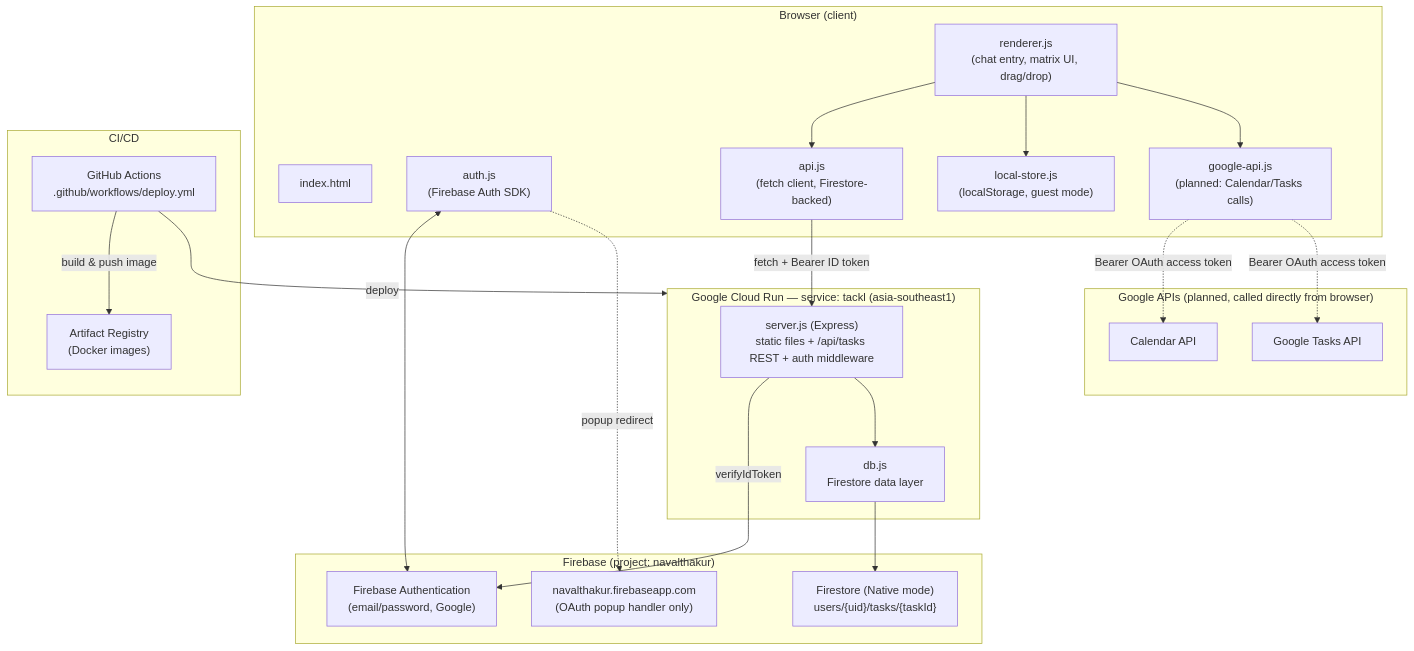
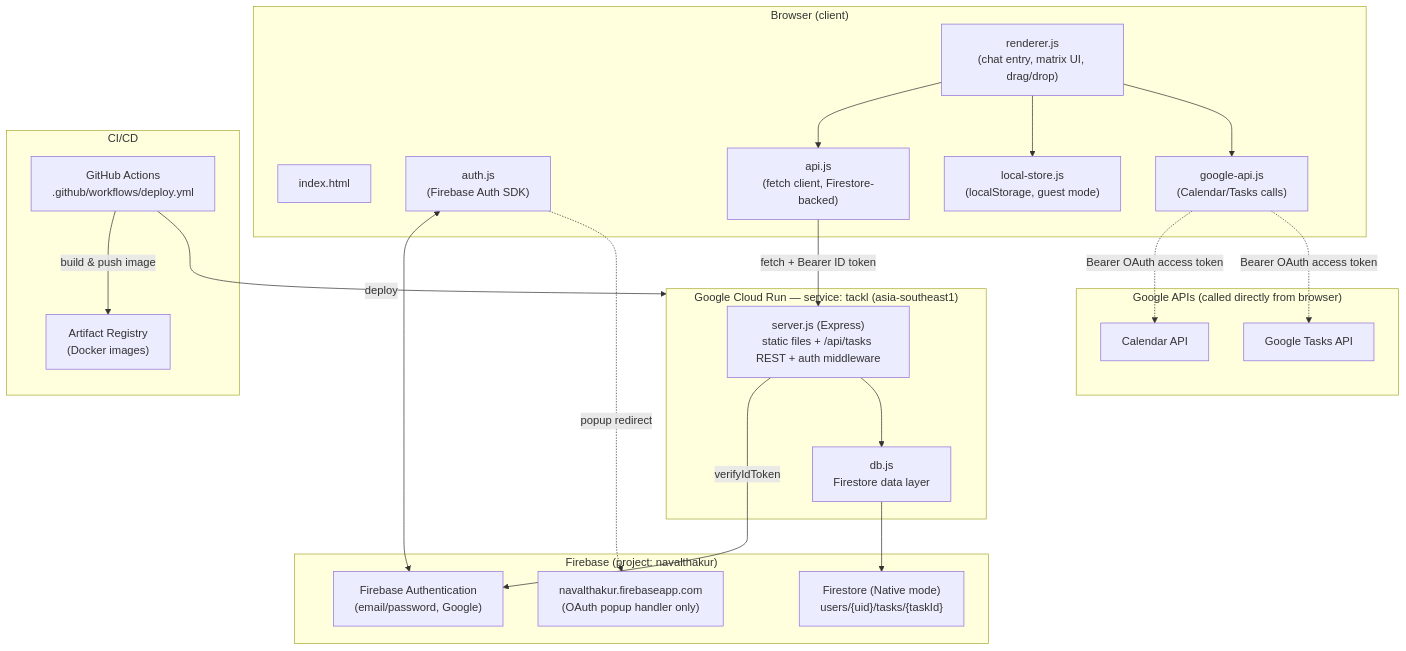
The first of 7 diagrams in docs/ARCHITECTURE.md (thakurnaval/tackl), drawn with Mermaid before and after one commit. The commit also changed other lines of this file and 10 other files, not shown here.

First line of the commit message:
Add Google integrations: Delegate (mailto), Schedule (Calendar), Backup (Google Tasks)

````diff
--- a/docs/ARCHITECTURE.md
+++ b/docs/ARCHITECTURE.md
@@ -8,47 +8,47 @@
 ```mermaid
 graph TB
     subgraph Browser["Browser (client)"]
         HTML["index.html"]
         Renderer["renderer.js<br/>(chat entry, matrix UI, drag/drop)"]
         AuthJS["auth.js<br/>(Firebase Auth SDK)"]
         ApiJS["api.js<br/>(fetch client, Firestore-backed)"]
         LocalStore["local-store.js<br/>(localStorage, guest mode)"]
-        GoogleApi["google-api.js<br/>(planned: Calendar/Tasks calls)"]
+        GoogleApi["google-api.js<br/>(Calendar/Tasks calls)"]
     end
 
     subgraph CloudRun["Google Cloud Run — service: tackl (asia-southeast1)"]
         Express["server.js (Express)<br/>static files + /api/tasks REST + auth middleware"]
         DB["db.js<br/>Firestore data layer"]
     end
 
     subgraph Firebase["Firebase (project: navalthakur)"]
         FireAuth["Firebase Authentication<br/>(email/password, Google)"]
         Firestore["Firestore (Native mode)<br/>users/{uid}/tasks/{taskId}"]
         FireHosting["navalthakur.firebaseapp.com<br/>(OAuth popup handler only)"]
     end
 
-    subgraph GoogleAPIs["Google APIs (planned, called directly from browser)"]
+    subgraph GoogleAPIs["Google APIs (called directly from browser)"]
         Calendar["Calendar API"]
         Tasks["Google Tasks API"]
     end
 
     subgraph CICD["CI/CD"]
         GHA["GitHub Actions<br/>.github/workflows/deploy.yml"]
         AR["Artifact Registry<br/>(Docker images)"]
     end
 
     Renderer --> ApiJS
     Renderer --> LocalStore
     Renderer --> GoogleApi
     AuthJS <--> FireAuth
     AuthJS -.->|popup redirect| FireHosting
     ApiJS -->|"fetch + Bearer ID token"| Express
     Express -->|verifyIdToken| FireAuth
     Express --> DB
     DB --> Firestore
     GoogleApi -.->|"Bearer OAuth access token"| Calendar
     GoogleApi -.->|"Bearer OAuth access token"| Tasks
 
     GHA -->|build & push image| AR
     GHA -->|deploy| CloudRun
 ```
````
